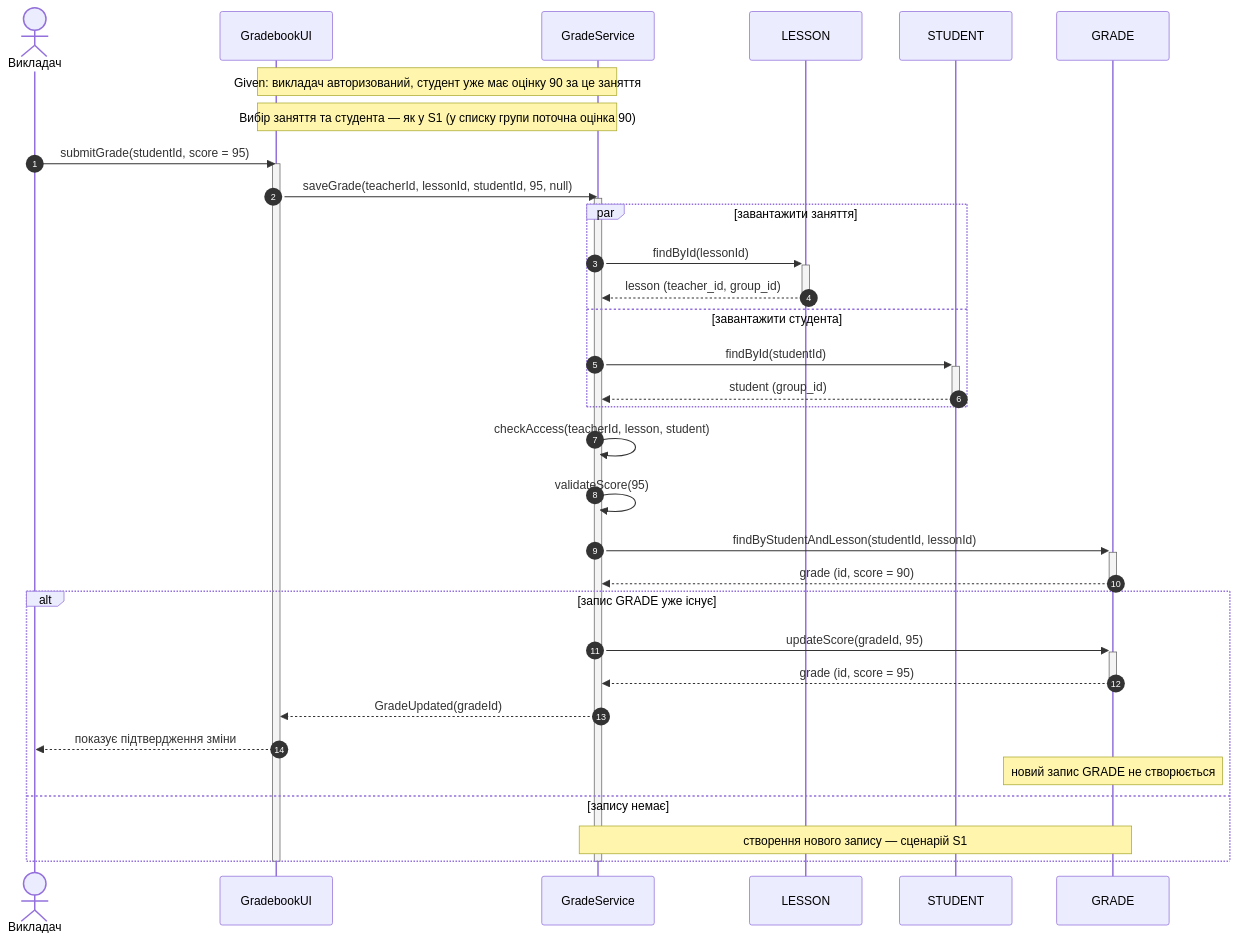
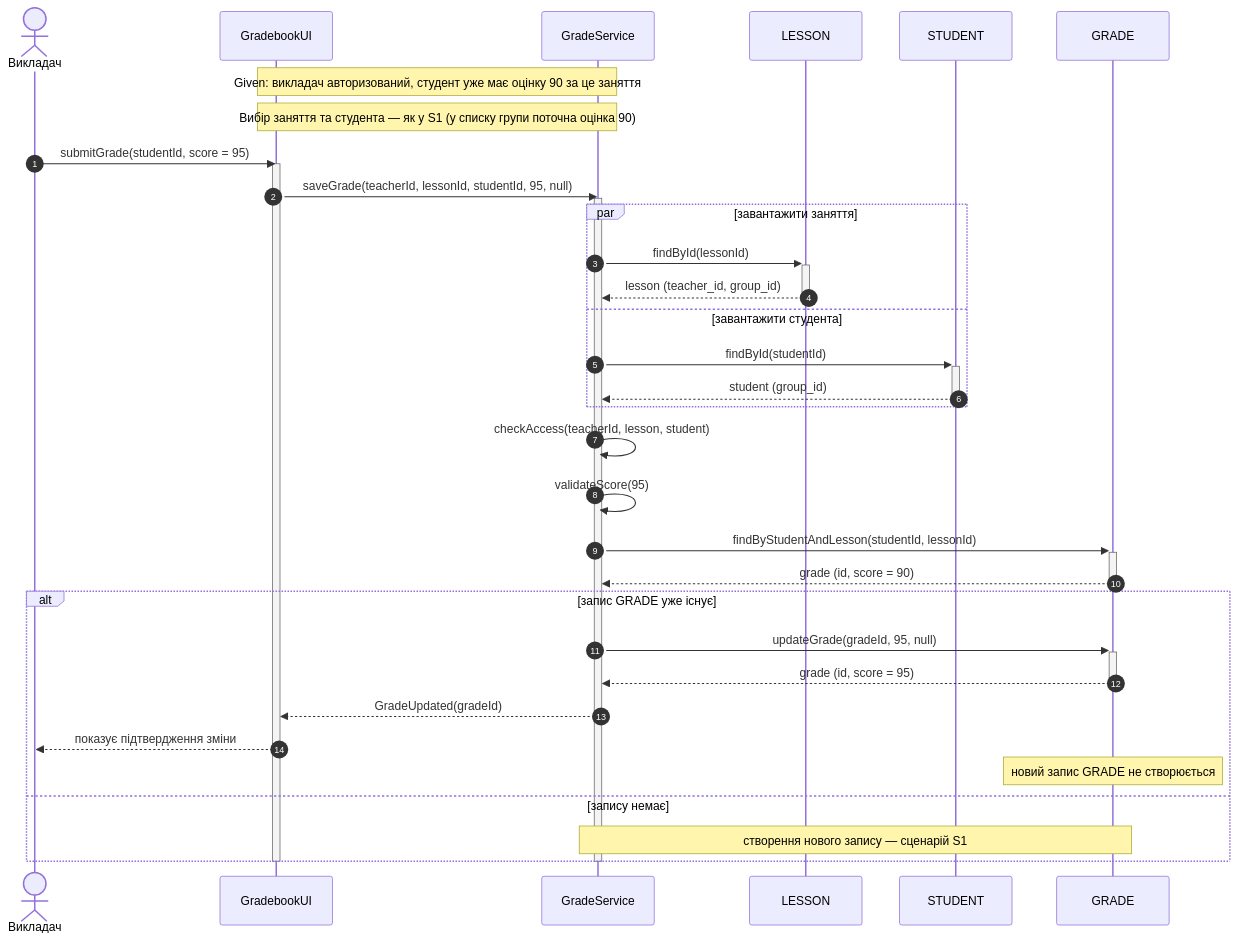
Before and after one commit to Mayki603/gradebook: the third of 6 diagrams in sequence-diagrams.md, drawn with Mermaid. The commit also changed other lines of this file, not shown here.

Commit message:
fix(seq): S3 passes comment to updateGrade (REQ-6, A4)

````diff
--- a/sequence-diagrams.md
+++ b/sequence-diagrams.md
@@ -127,39 +127,39 @@
 ```mermaid
 sequenceDiagram
     autonumber
     actor T as Викладач
     participant UI as GradebookUI
     participant GS as GradeService
     participant L as LESSON
     participant S as STUDENT
     participant G as GRADE
 
     Note over UI,GS: Given: викладач авторизований, студент уже має оцінку 90 за це заняття
     Note over UI,GS: Вибір заняття та студента — як у S1 (у списку групи поточна оцінка 90)
     T->>UI: submitGrade(studentId, score = 95)
     activate UI
     UI->>GS: saveGrade(teacherId, lessonId, studentId, 95, null)
     activate GS
     par завантажити заняття
         GS->>+L: findById(lessonId)
         L-->>-GS: lesson (teacher_id, group_id)
     and завантажити студента
         GS->>+S: findById(studentId)
         S-->>-GS: student (group_id)
     end
     GS->>GS: checkAccess(teacherId, lesson, student)
     GS->>GS: validateScore(95)
     GS->>+G: findByStudentAndLesson(studentId, lessonId)
     G-->>-GS: grade (id, score = 90)
     alt запис GRADE уже існує
-        GS->>+G: updateScore(gradeId, 95)
+        GS->>+G: updateGrade(gradeId, 95, null)
         G-->>-GS: grade (id, score = 95)
         GS-->>UI: GradeUpdated(gradeId)
         UI-->>T: показує підтвердження зміни
         Note over G: новий запис GRADE не створюється
     else запису немає
         Note over GS,G: створення нового запису — сценарій S1
     end
     deactivate GS
     deactivate UI
 ```
````
